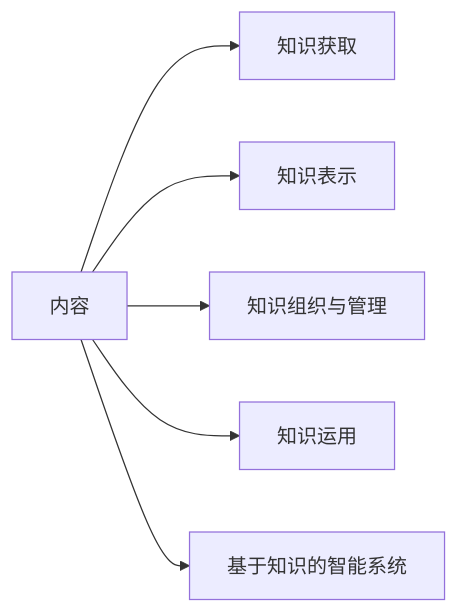
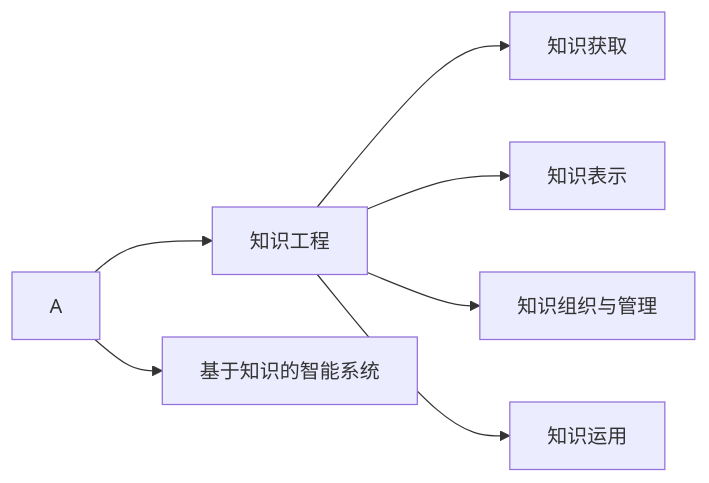
The diagram in ai/第1篇 概述与工具.md (huangzy1218/Java-Tutorial), drawn with Mermaid before and after one commit.

````diff
--- a/ai/第1篇 概述与工具.md
+++ b/ai/第1篇 概述与工具.md
@@ -54,8 +54,9 @@
 ```mermaid
 graph LR
-A[内容]-->知识获取
-A-->知识表示
-A-->知识组织与管理
-A-->知识运用
+A-->B[知识工程]
+B-->知识获取
+B-->知识表示
+B-->知识组织与管理
+B-->知识运用
 A-->基于知识的智能系统
 ```
````
